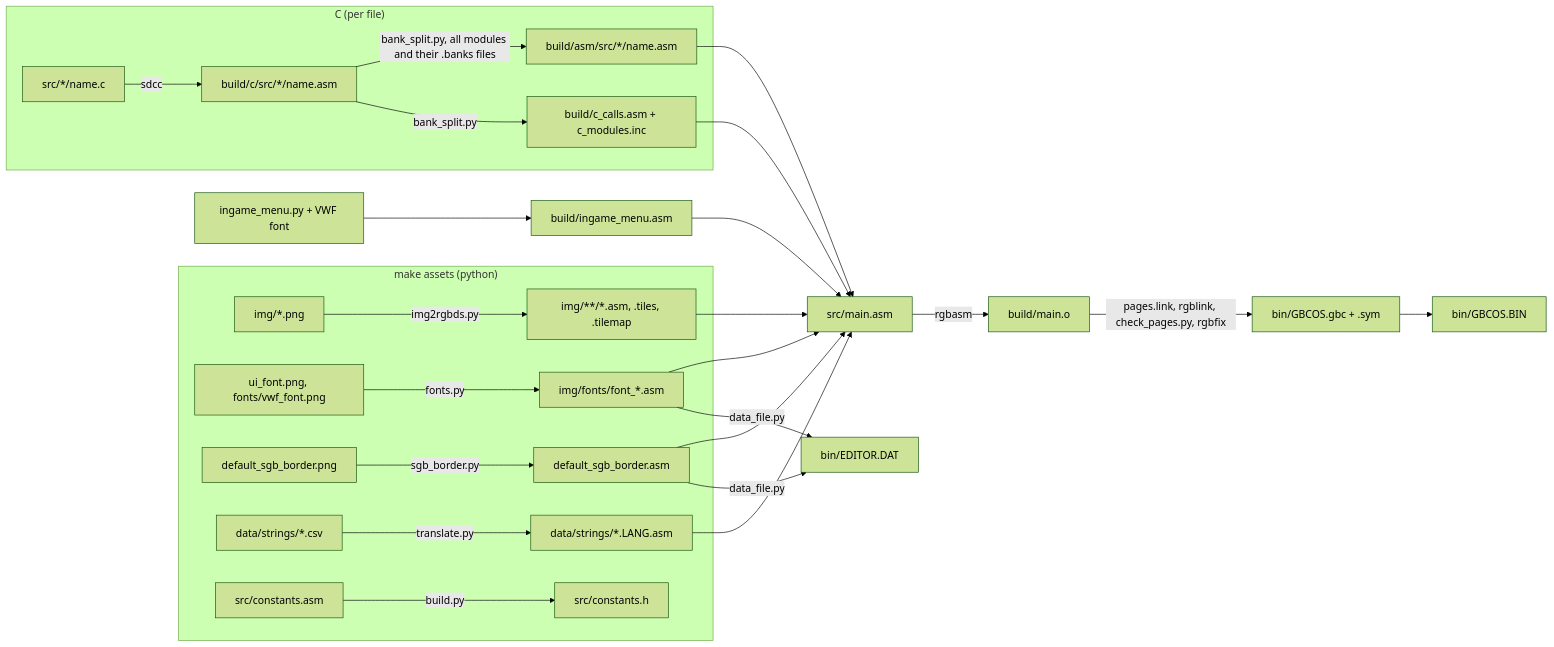
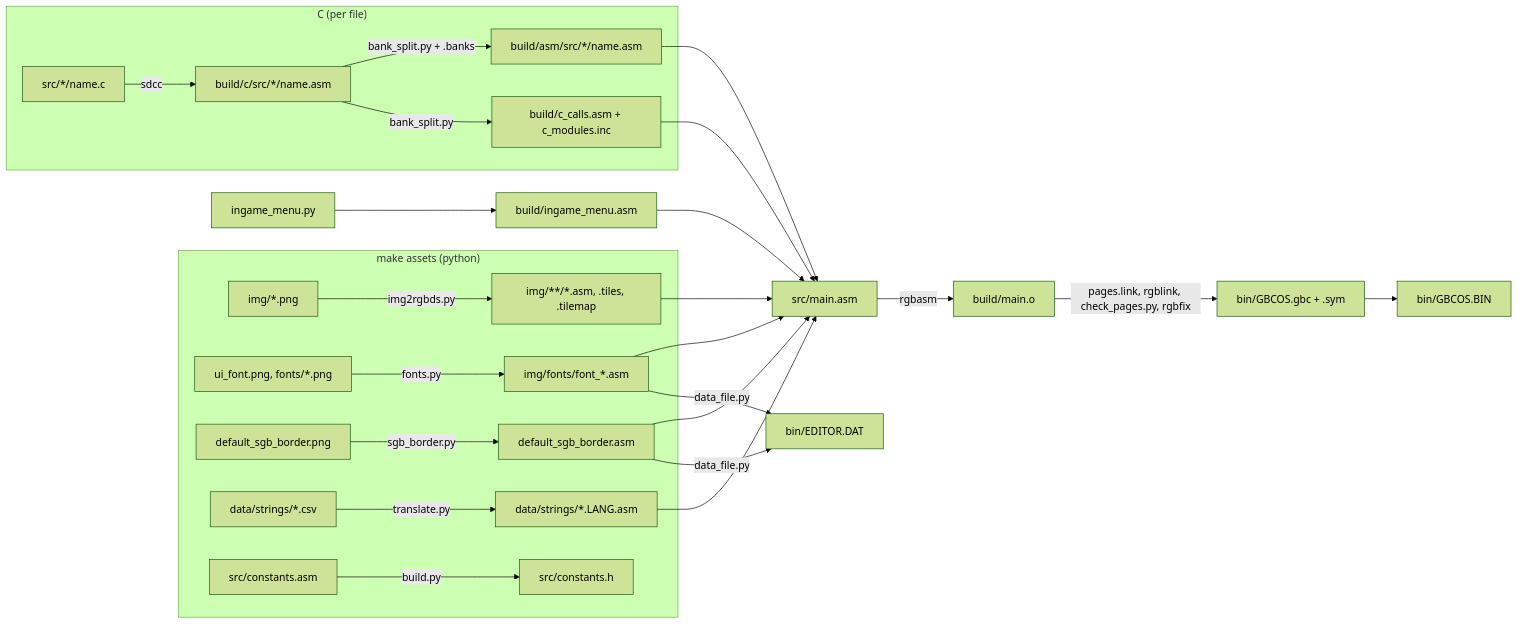
The first of 3 diagrams in notes/ARCHITECTURE.md (Q-Bert-Reynolds/fatpak), drawn with Mermaid (forest theme) before and after one commit. The commit also changed other lines of this file and 18 other files, not shown here.

````diff
--- a/notes/ARCHITECTURE.md
+++ b/notes/ARCHITECTURE.md
@@ -27,22 +26,21 @@
 ```mermaid
 flowchart LR
   subgraph assets["make assets (python)"]
     png[img/*.png] -->|img2rgbds.py| imgasm[img/**/*.asm, .tiles, .tilemap]
-    fontpng[ui_font.png, fonts/vwf_font.png] -->|fonts.py| fontasm[img/fonts/font_*.asm]
+    fontpng[ui_font.png, fonts/*.png] -->|fonts.py| fontasm[img/fonts/font_*.asm]
     border[default_sgb_border.png] -->|sgb_border.py| borderasm[default_sgb_border.asm]
     csv[data/strings/*.csv] -->|translate.py| strasm[data/strings/*.LANG.asm]
     consts[src/constants.asm] -->|build.py| consth[src/constants.h]
   end
   subgraph c["C (per file)"]
     cfile[src/*/name.c] -->|sdcc| raw[build/c/src/*/name.asm]
-    raw -->|bank_split.py, all modules and their .banks files| casm[build/asm/src/*/name.asm]
+    raw -->|bank_split.py + .banks| casm[build/asm/src/*/name.asm]
     raw -->|bank_split.py| calls[build/c_calls.asm + c_modules.inc]
   end
   main[src/main.asm] -->|rgbasm| obj[build/main.o]
   imgasm & fontasm & borderasm & strasm & casm & calls --> main
-  menu[ingame_menu.py + VWF font] --> menugfx[build/ingame_menu.asm]
-  menugfx --> main
+  menu[ingame_menu.py] --> menugfx[build/ingame_menu.asm] --> main
   obj -->|pages.link, rgblink, check_pages.py, rgbfix| rom[bin/GBCOS.gbc + .sym]
   rom --> os[bin/GBCOS.BIN]
   fontasm & borderasm -->|data_file.py| data[bin/EDITOR.DAT]
 ```
````
